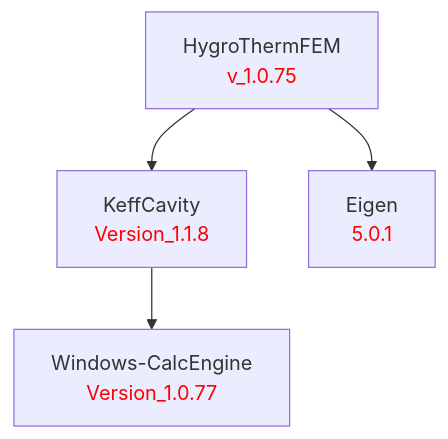
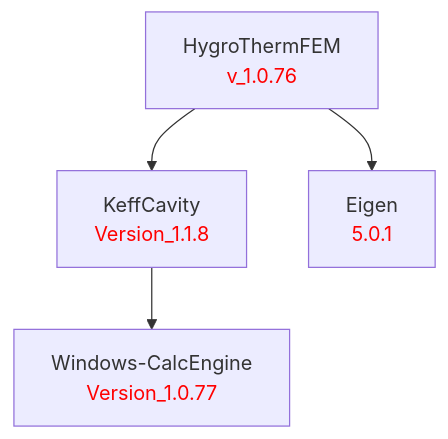
Before and after one commit to LBNL-ETA/HygroThermFEM: the diagram in doc/HygroThermFEM.md, drawn with Mermaid. The commit also changed 1 other file, not shown here.

Commit message:
Bump to v_1.0.76

````diff
--- a/doc/HygroThermFEM.md
+++ b/doc/HygroThermFEM.md
@@ -1,13 +1,13 @@
 ```mermaid
 graph TD
     %% Package definitions
-    HygroThermFEM[HygroThermFEM<br/><font color='red'>v_1.0.75</font>]
+    HygroThermFEM[HygroThermFEM<br/><font color='red'>v_1.0.76</font>]
     KeffCavity[KeffCavity<br/><font color='red'>Version_1.1.8</font>]
     Eigen[Eigen<br/><font color='red'>5.0.1</font>]
     WindowsCalcEngine[Windows-CalcEngine<br/><font color='red'>Version_1.0.77</font>]
 
     %% Package relations
     HygroThermFEM --> KeffCavity
     HygroThermFEM --> Eigen
     KeffCavity --> WindowsCalcEngine
 ```
````
